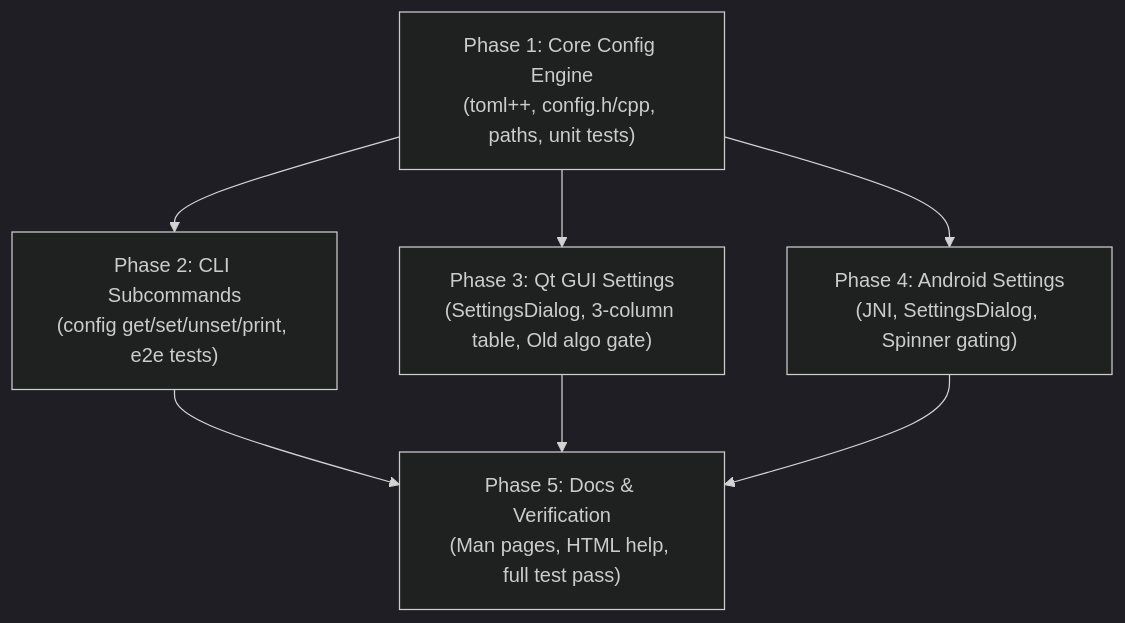
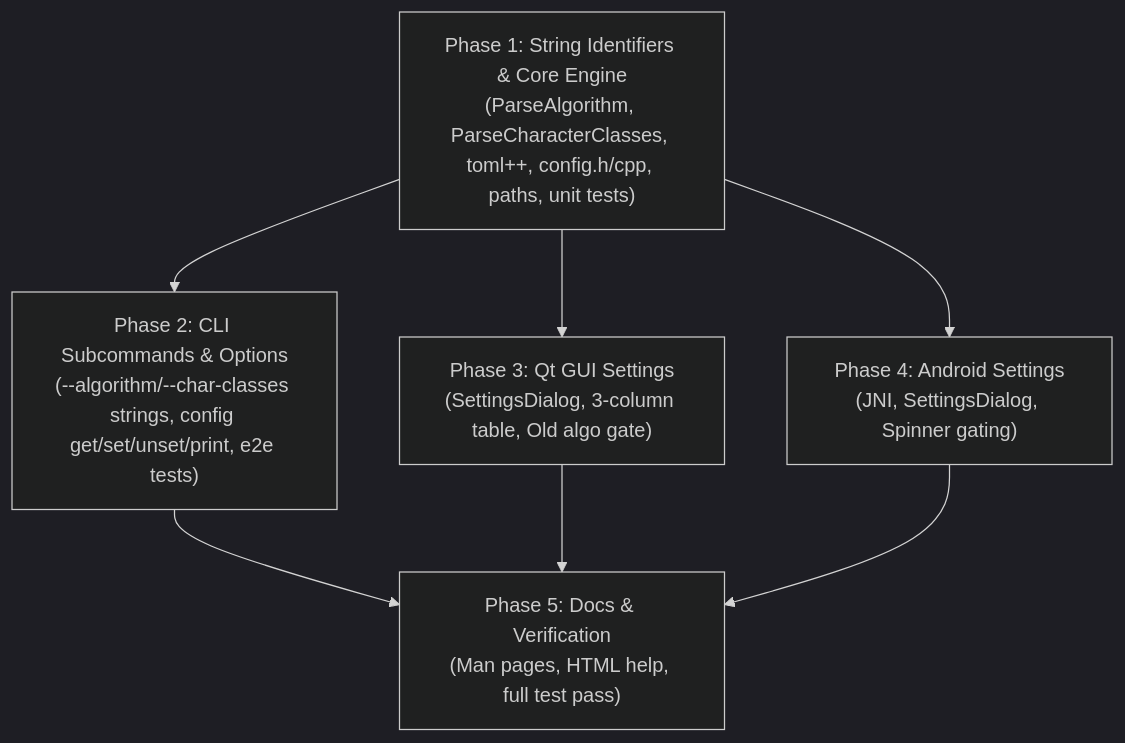
Before and after one commit to kgorelov/mkpass: the diagram in docs/mkpass_config_plan.md, drawn with Mermaid (dark theme). The commit also changed other lines of this file, not shown here.

````diff
--- a/docs/mkpass_config_plan.md
+++ b/docs/mkpass_config_plan.md
@@ -378,9 +476,9 @@
 ```mermaid
 graph TD
-    M1["Phase 1: Core Config Engine<br>(toml++, config.h/cpp, paths, unit tests)"] --> M2["Phase 2: CLI Subcommands<br>(config get/set/unset/print, e2e tests)"]
+    M1["Phase 1: String Identifiers & Core Engine<br>(ParseAlgorithm, ParseCharacterClasses, toml++, config.h/cpp, paths, unit tests)"] --> M2["Phase 2: CLI Subcommands & Options<br>(--algorithm/--char-classes strings, config get/set/unset/print, e2e tests)"]
     M1 --> M3["Phase 3: Qt GUI Settings<br>(SettingsDialog, 3-column table, Old algo gate)"]
     M1 --> M4["Phase 4: Android Settings<br>(JNI, SettingsDialog, Spinner gating)"]
     M2 --> M5["Phase 5: Docs & Verification<br>(Man pages, HTML help, full test pass)"]
     M3 --> M5
     M4 --> M5
 ```
````
